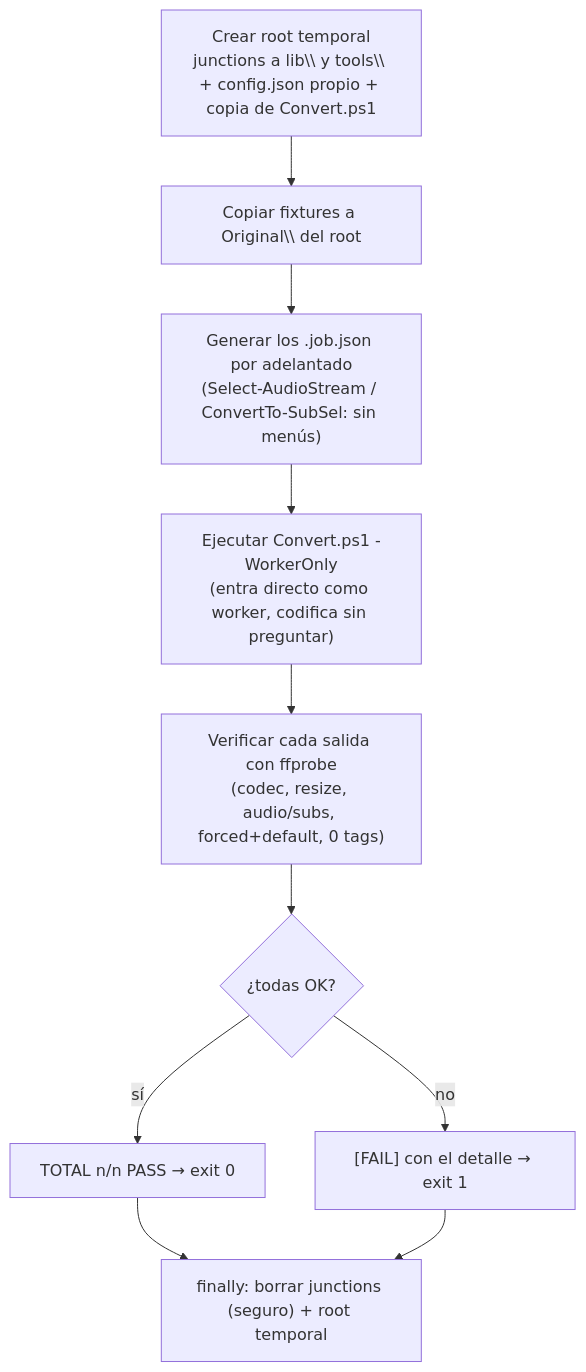
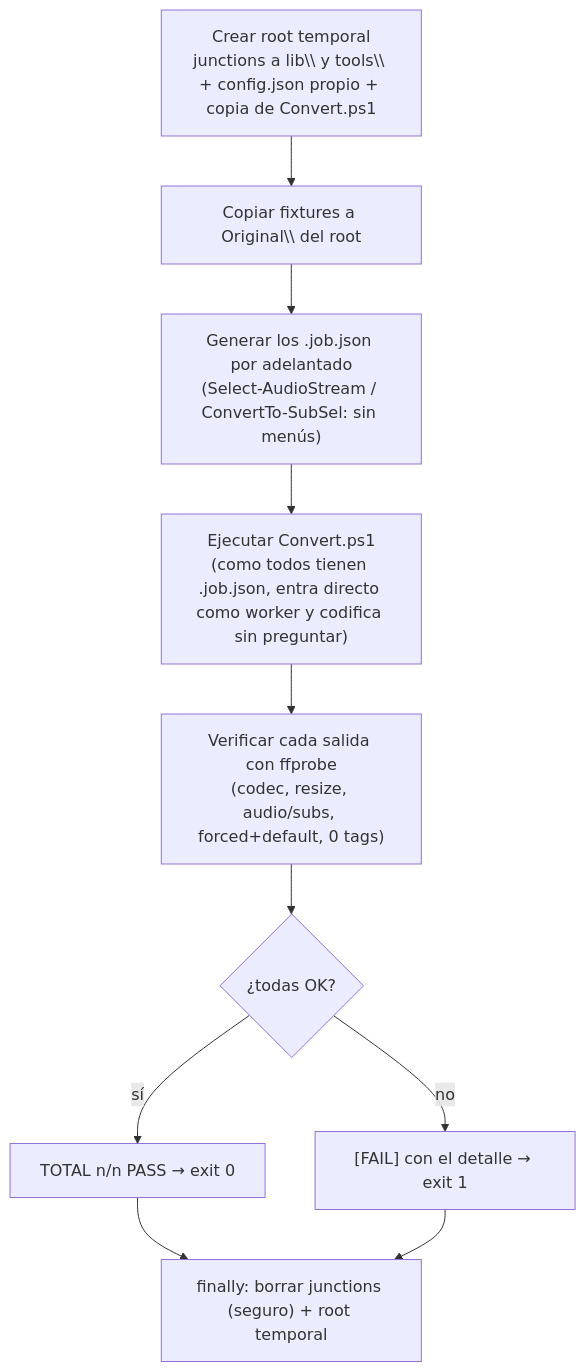
One commit to vsc55/ConversorVideoCMD changed the diagram in docs/ref-pruebas.md. Above: the diagram before and after it, drawn with Mermaid. The commit also changed 30 other files, not shown here.

````diff
--- a/docs/ref-pruebas.md
+++ b/docs/ref-pruebas.md
@@ -60,12 +60,12 @@
 ```mermaid
 flowchart TD
     A["Crear root temporal<br/>junctions a lib\\ y tools\\ + config.json propio + copia de Convert.ps1"] --> B["Copiar fixtures a Original\\ del root"]
     B --> C["Generar los .job.json por adelantado<br/>(Select-AudioStream / ConvertTo-SubSel: sin menús)"]
-    C --> D["Ejecutar Convert.ps1 -WorkerOnly<br/>(entra directo como worker, codifica sin preguntar)"]
+    C --> D["Ejecutar Convert.ps1<br/>(como todos tienen .job.json, entra directo como worker y codifica sin preguntar)"]
     D --> E["Verificar cada salida con ffprobe<br/>(codec, resize, audio/subs, forced+default, 0 tags)"]
     E --> F{"¿todas OK?"}
     F -- "sí" --> G["TOTAL n/n PASS → exit 0"]
     F -- "no" --> H["[FAIL] con el detalle → exit 1"]
     G --> Z["finally: borrar junctions (seguro) + root temporal"]
     H --> Z
 ```
````
